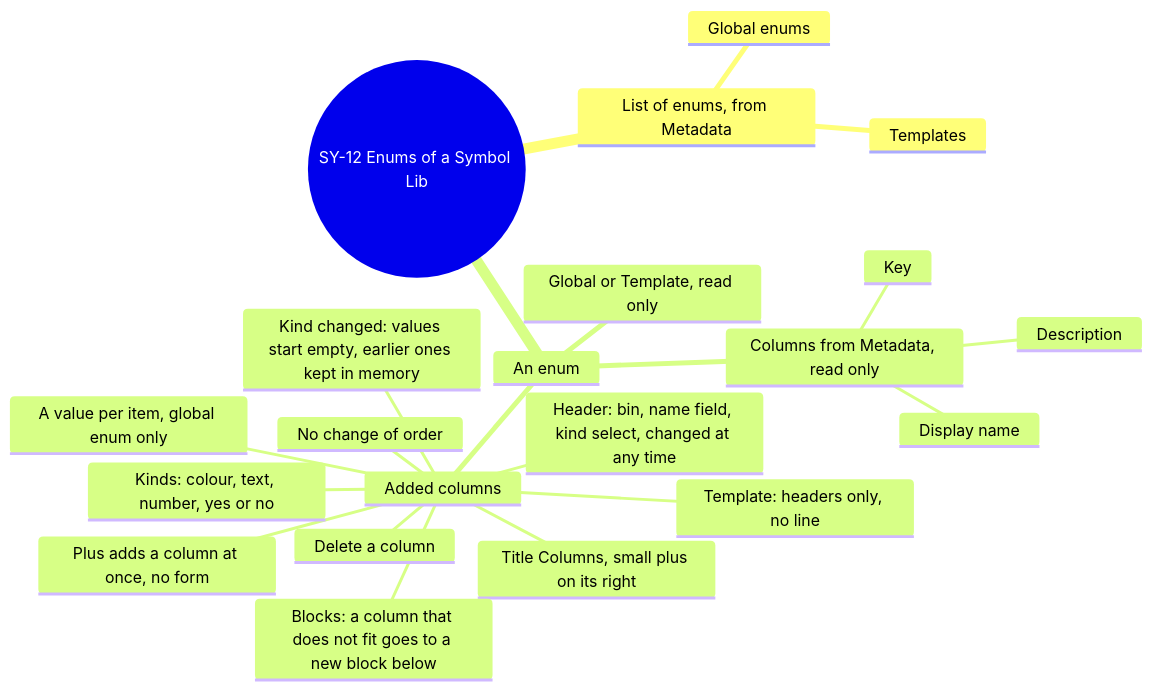
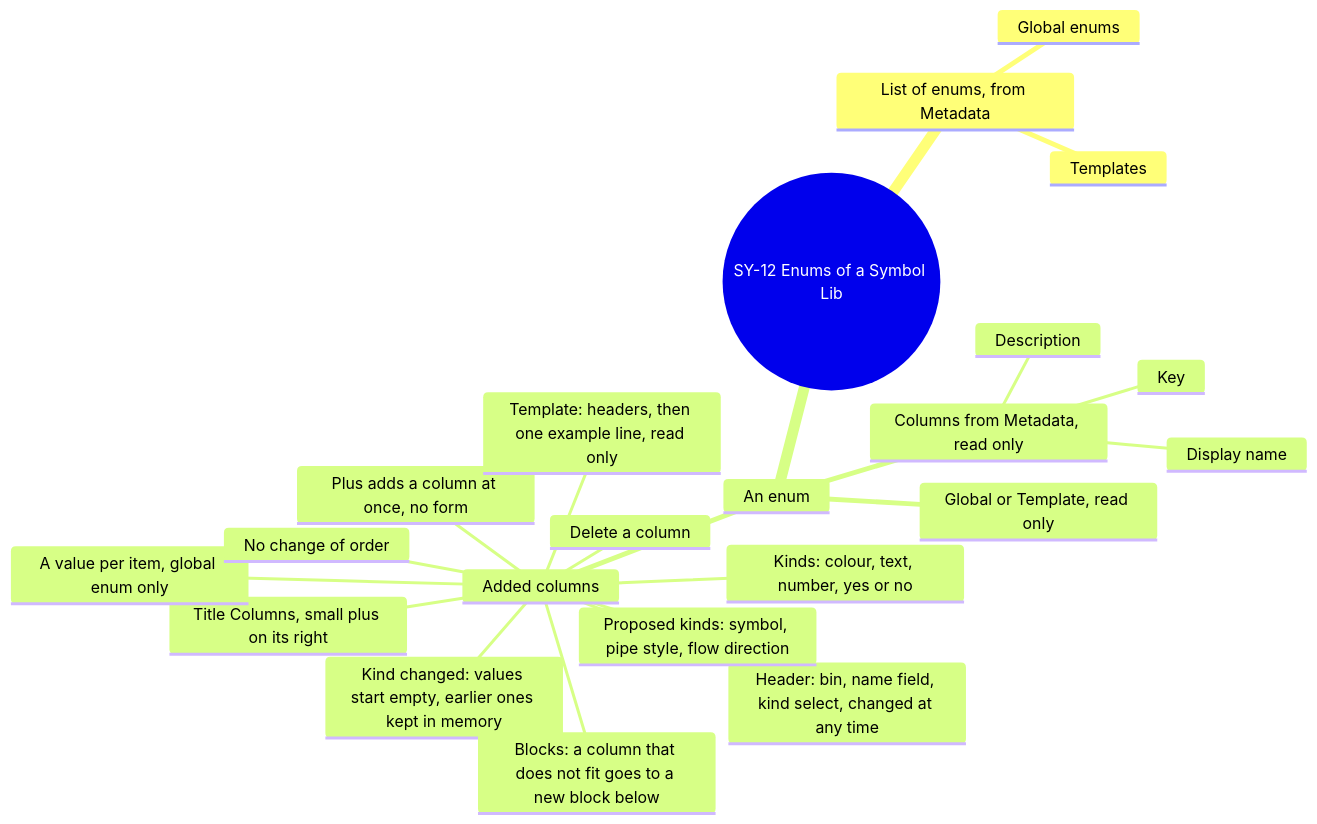
Diagram 16 of 16 in screens/symbols.md (AlexandreGallais/synoptic-studio-spec), drawn with Mermaid before and after one commit. The commit also changed other lines of this file and 32 other files, not shown here.

````diff
--- a/screens/symbols.md
+++ b/screens/symbols.md
@@ -690,24 +689,25 @@
 ```mermaid
 mindmap
   root((SY-12 Enums of a Symbol Lib))
     List of enums, from Metadata
       Global enums
       Templates
     An enum
       Columns from Metadata, read only
         Key
         Display name
         Description
       Global or Template, read only
       Added columns
         Title Columns, small plus on its right
         Plus adds a column at once, no form
         Header: bin, name field, kind select, changed at any time
         Kinds: colour, text, number, yes or no
+        Proposed kinds: symbol, pipe style, flow direction
         Kind changed: values start empty, earlier ones kept in memory
         Blocks: a column that does not fit goes to a new block below
         A value per item, global enum only
-        Template: headers only, no line
+        Template: headers, then one example line, read only
         Delete a column
         No change of order
 ```
````
